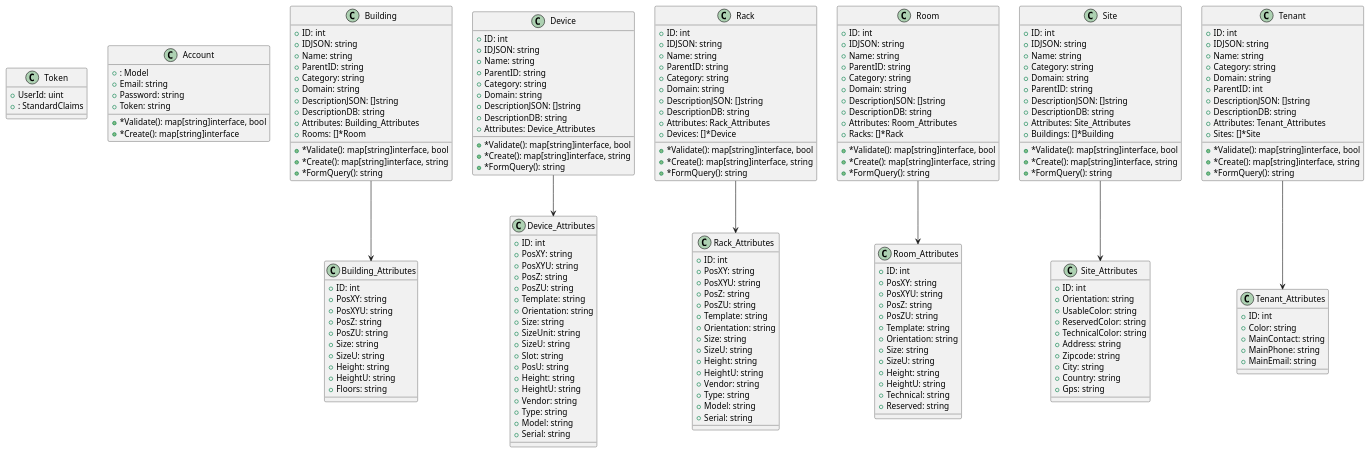
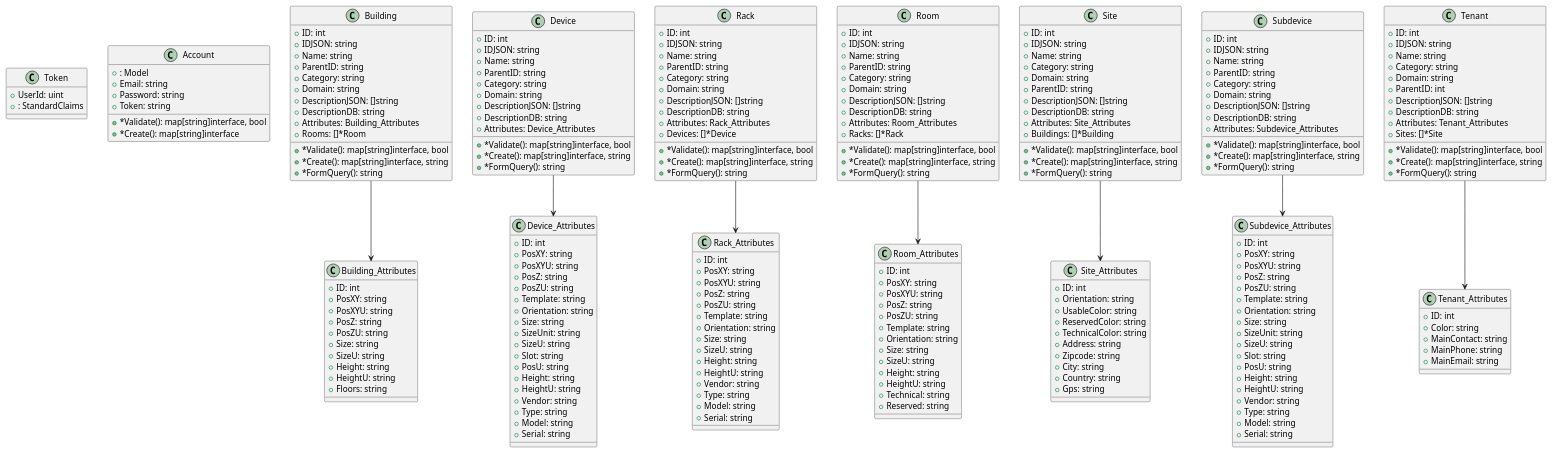
Before and after one commit to ditrit/OGrEE-Core: the diagram in resources/diagrams/graph.puml, drawn with PlantUML. The commit also changed 3 other files, not shown here.

Commit message:
Updated docs and generated UML

```diff
--- a/resources/diagrams/graph.puml
+++ b/resources/diagrams/graph.puml
@@ -11,6 +11,19 @@
 +Token: string
 +*Validate(): map[string]interface, bool
 +*Create(): map[string]interface
+}
+class Building_Attributes {
++ID: int
++PosXY: string
++PosXYU: string
++PosZ: string
++PosZU: string
++Size: string
++SizeU: string
++Height: string
++HeightU: string
++Floors: string
+
 }
 class Building {
 +ID: int
@@ -26,19 +39,6 @@
 +*Validate(): map[string]interface, bool
 +*Create(): map[string]interface, string
 +*FormQuery(): string
-}
-class Building_Attributes {
-+ID: int
-+PosXY: string
-+PosXYU: string
-+PosZ: string
-+PosZU: string
-+Size: string
-+SizeU: string
-+Height: string
-+HeightU: string
-+Floors: string
-
 }
 class Device_Attributes {
 +ID: int
@@ -75,21 +75,6 @@
 +*Create(): map[string]interface, string
 +*FormQuery(): string
 }
-class Rack {
-+ID: int
-+IDJSON: string
-+Name: string
-+ParentID: string
-+Category: string
-+Domain: string
-+DescriptionJSON: []string
-+DescriptionDB: string
-+Attributes: Rack_Attributes
-+Devices: []*Device
-+*Validate(): map[string]interface, bool
-+*Create(): map[string]interface, string
-+*FormQuery(): string
-}
 class Rack_Attributes {
 +ID: int
 +PosXY: string
@@ -107,6 +92,21 @@
 +Model: string
 +Serial: string
 
+}
+class Rack {
++ID: int
++IDJSON: string
++Name: string
++ParentID: string
++Category: string
++Domain: string
++DescriptionJSON: []string
++DescriptionDB: string
++Attributes: Rack_Attributes
++Devices: []*Device
++*Validate(): map[string]interface, bool
++*Create(): map[string]interface, string
++*FormQuery(): string
 }
 class Room_Attributes {
 +ID: int
@@ -167,13 +167,40 @@
 +*Create(): map[string]interface, string
 +*FormQuery(): string
 }
-class Tenant_Attributes {
+class Subdevice_Attributes {
 +ID: int
-+Color: string
-+MainContact: string
-+MainPhone: string
-+MainEmail: string
++PosXY: string
++PosXYU: string
++PosZ: string
++PosZU: string
++Template: string
++Orientation: string
++Size: string
++SizeUnit: string
++SizeU: string
++Slot: string
++PosU: string
++Height: string
++HeightU: string
++Vendor: string
++Type: string
++Model: string
++Serial: string
 
+}
+class Subdevice {
++ID: int
++IDJSON: string
++Name: string
++ParentID: string
++Category: string
++Domain: string
++DescriptionJSON: []string
++DescriptionDB: string
++Attributes: Subdevice_Attributes
++*Validate(): map[string]interface, bool
++*Create(): map[string]interface, string
++*FormQuery(): string
 }
 class Tenant {
 +ID: int
@@ -190,10 +217,19 @@
 +*Create(): map[string]interface, string
 +*FormQuery(): string
 }
+class Tenant_Attributes {
++ID: int
++Color: string
++MainContact: string
++MainPhone: string
++MainEmail: string
+
+}
 Building --> Building_Attributes
 Device --> Device_Attributes
 Rack --> Rack_Attributes
 Room --> Room_Attributes
 Site --> Site_Attributes
+Subdevice --> Subdevice_Attributes
 Tenant --> Tenant_Attributes
 @enduml
```
